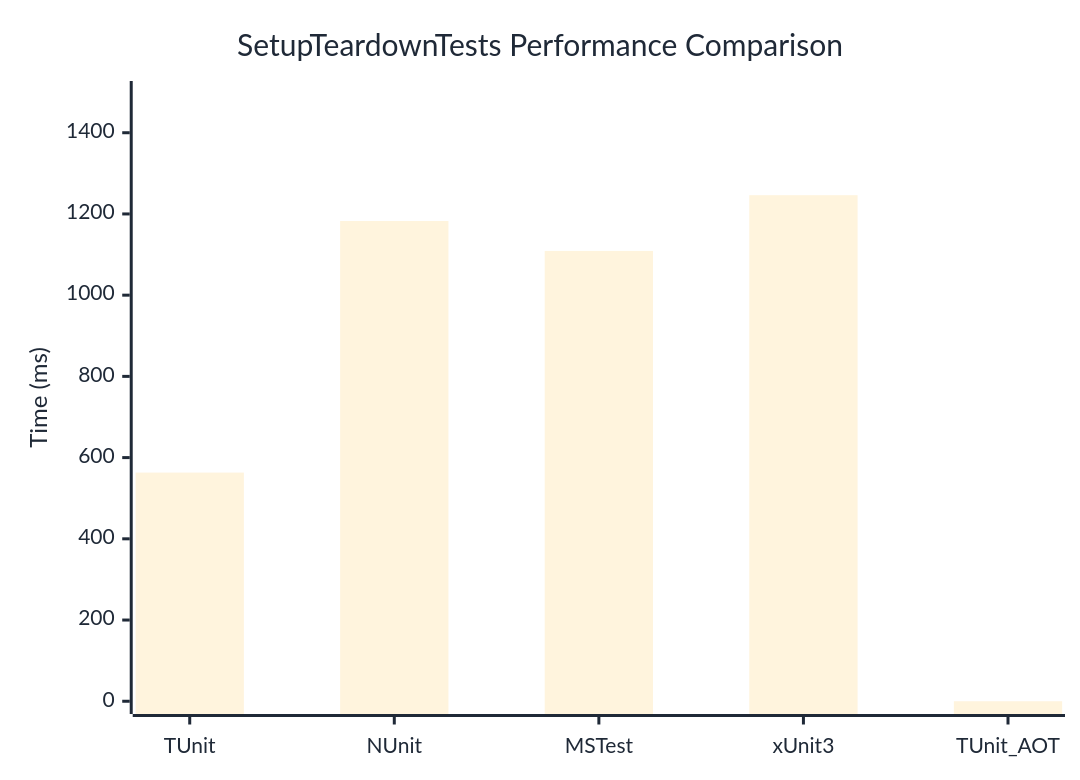
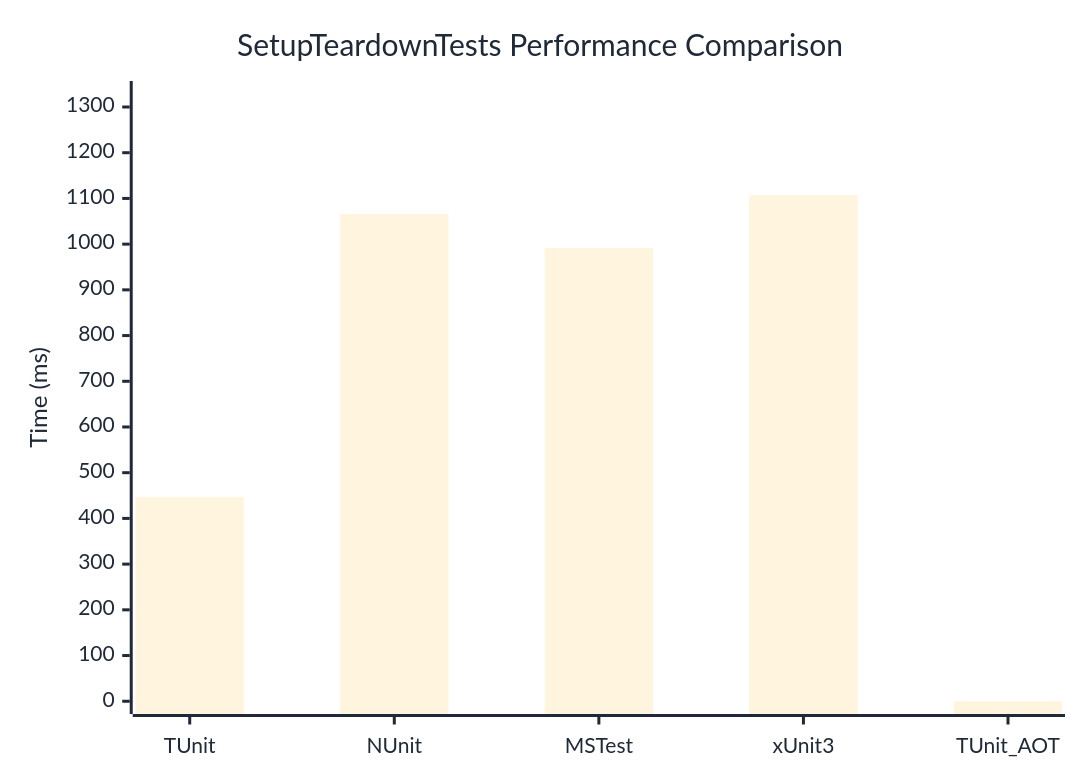
One commit to thomhurst/TUnit changed the diagram in docs/docs/benchmarks/SetupTeardownTests.md. Above: the diagram before and after it, drawn with Mermaid. The commit also changed other lines of this file and 16 other files, not shown here.

````diff
--- a/docs/docs/benchmarks/SetupTeardownTests.md
+++ b/docs/docs/benchmarks/SetupTeardownTests.md
@@ -27,37 +27,37 @@
 ```mermaid
 %%{init: {
   'theme':'base',
   'themeVariables': {
     'primaryColor': '#2563eb',
     'primaryTextColor': '#1f2937',
     'primaryBorderColor': '#1e40af',
     'lineColor': '#6b7280',
     'secondaryColor': '#7c3aed',
     'tertiaryColor': '#dc2626',
     'background': '#ffffff',
     'mainBkg': '#2563eb',
     'secondBkg': '#7c3aed',
     'tertiaryBkg': '#dc2626',
     'clusterBkg': '#f3f4f6',
     'edgeLabelBackground': '#ffffff',
     'tertiaryTextColor': '#1f2937',
     'pie1': '#2563eb',
     'pie2': '#7c3aed',
     'pie3': '#dc2626',
     'pie4': '#f59e0b',
     'pie5': '#10b981',
     'pie6': '#06b6d4',
     'pie7': '#ec4899',
     'pie8': '#6366f1',
     'pie9': '#84cc16',
     'pie10': '#f97316',
     'pie11': '#14b8a6',
     'pie12': '#a855f7'
   }
 }}%%
 xychart-beta
   title "SetupTeardownTests Performance Comparison"
   x-axis ["TUnit", "NUnit", "MSTest", "xUnit3", "TUnit_AOT"]
-  y-axis "Time (ms)" 0 --> 1496
-  bar [563.1, 1182.7, 1108.9, 1246.2, 0]
+  y-axis "Time (ms)" 0 --> 1329
+  bar [446.5, 1065.5, 991.3, 1107.1, 0]
 ```
````
